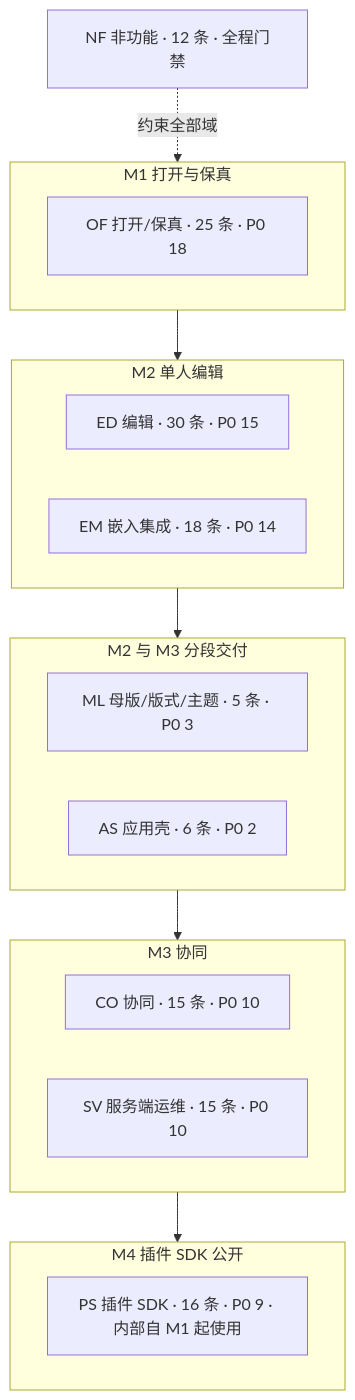
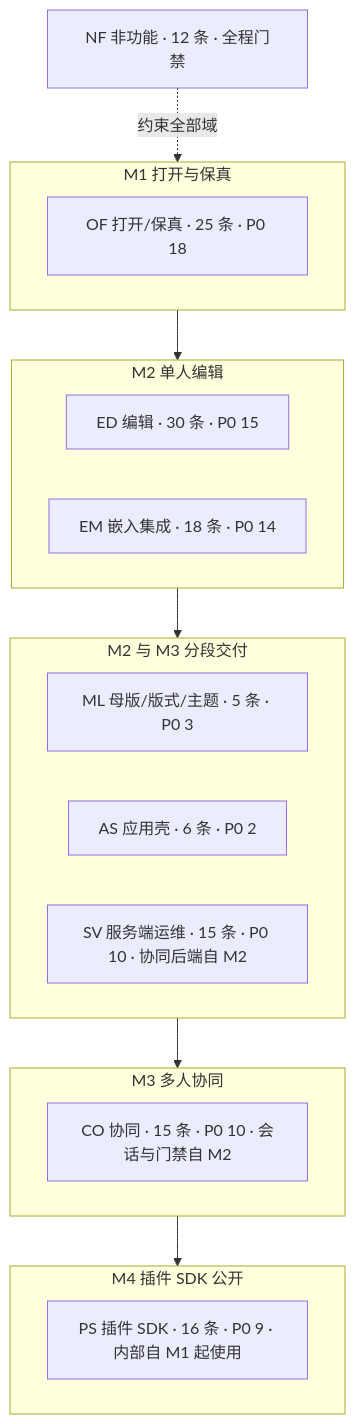
Before and after one commit to Xeonice/cordis-ppt-editor: the first of 3 diagrams in docs/10-prd/README.md, drawn with Mermaid. The commit also changed other lines of this file and 79 other files, not shown here.

````diff
--- a/docs/10-prd/README.md
+++ b/docs/10-prd/README.md
@@ -101,24 +101,24 @@
 ```mermaid
 flowchart TB
   subgraph m1["M1 打开与保真"]
     OF["OF 打开/保真 · 25 条 · P0 18"]
   end
   subgraph m2["M2 单人编辑"]
     ED["ED 编辑 · 30 条 · P0 15"]
     EM["EM 嵌入集成 · 18 条 · P0 14"]
   end
   subgraph m23["M2 与 M3 分段交付"]
     ML["ML 母版/版式/主题 · 5 条 · P0 3"]
     AS["AS 应用壳 · 6 条 · P0 2"]
+    SV["SV 服务端运维 · 15 条 · P0 10 · 协同后端自 M2"]
   end
-  subgraph m3["M3 协同"]
-    CO["CO 协同 · 15 条 · P0 10"]
-    SV["SV 服务端运维 · 15 条 · P0 10"]
+  subgraph m3["M3 多人协同"]
+    CO["CO 协同 · 15 条 · P0 10 · 会话与门禁自 M2"]
   end
   subgraph m4["M4 插件 SDK 公开"]
     PS["PS 插件 SDK · 16 条 · P0 9 · 内部自 M1 起使用"]
   end
   NF["NF 非功能 · 12 条 · 全程门禁"]
   m1 --> m2 --> m23 --> m3 --> m4
   NF -.->|"约束全部域"| m1
 ```
````
